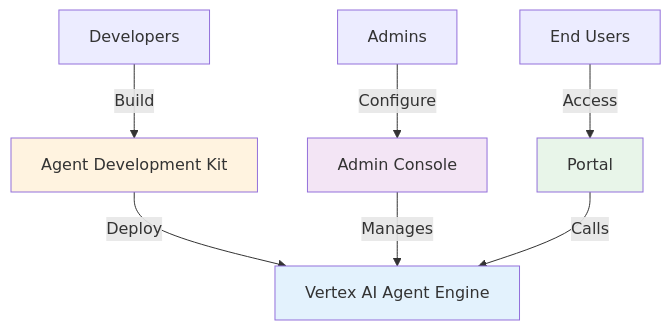
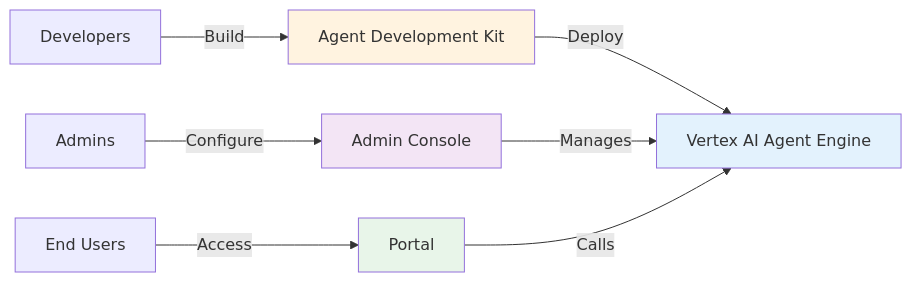
One commit to raphaelmansuy/adk_training changed the fourth of 7 diagrams in docs/blog/2025-10-21-gemini-enterprise.md. Above: the diagram before and after it, drawn with Mermaid. The commit also changed other lines of this file, not shown here.

Commit message:
fix(blog): Correct diagram formatting and enhance clarity in the agent workflow section

````diff
--- a/docs/blog/2025-10-21-gemini-enterprise.md
+++ b/docs/blog/2025-10-21-gemini-enterprise.md
@@ -392,16 +394,16 @@
 ```mermaid
-graph TD
+graph LR
     A["Developers"] -->|Build| B["Agent Development Kit"]
     B -->|Deploy| C["Vertex AI Agent Engine"]
 
     D["Admins"] -->|Configure| E["Admin Console"]
     E -->|Manages| C
 
     F["End Users"] -->|Access| G["Portal"]
     G -->|Calls| C
 
     style B fill:#fff3e0
     style C fill:#e3f2fd
     style E fill:#f3e5f5
     style G fill:#e8f5e9
 ```
````
